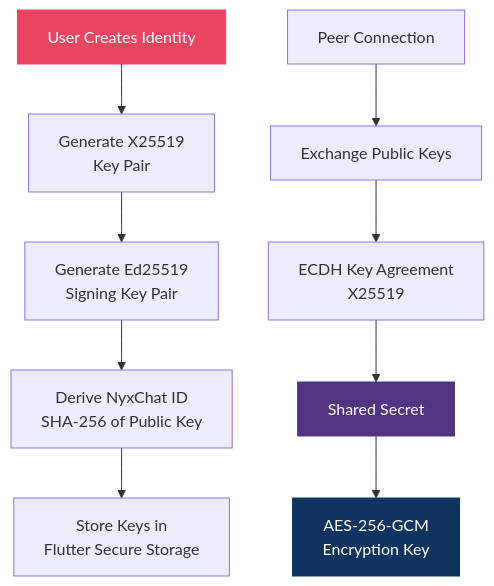
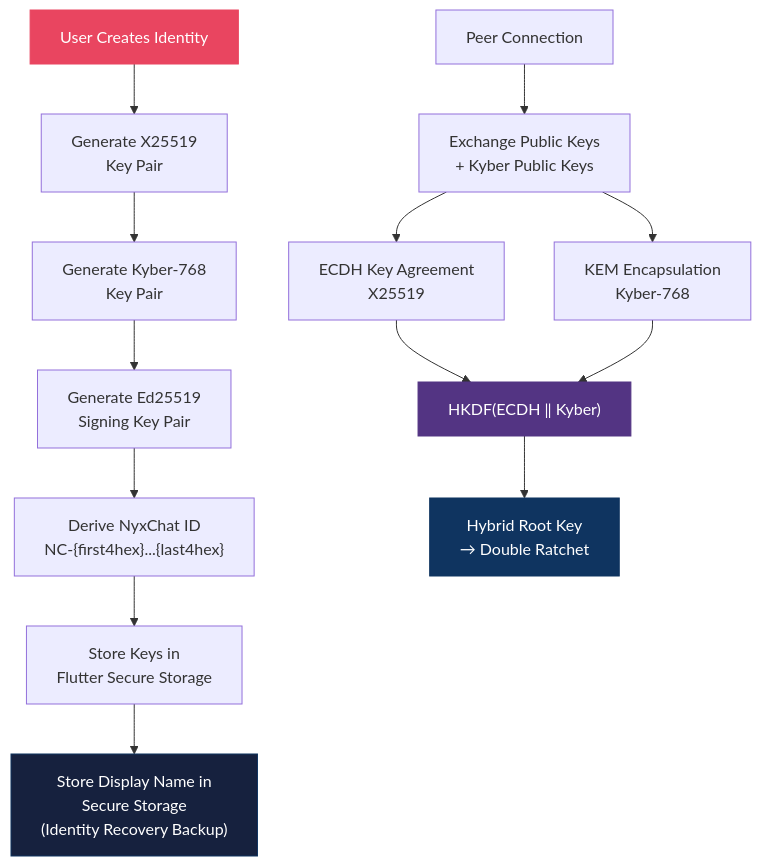
Before and after one commit to harshitt13/NyxChat: the eighth of 20 diagrams in README.md, drawn with Mermaid. The commit also changed other lines of this file and 75 other files, not shown here.

````diff
--- a/README.md
+++ b/README.md
@@ -391,16 +451,21 @@
 ```mermaid
 flowchart TD
     A[User Creates Identity] --> B[Generate X25519<br/>Key Pair]
-    B --> C[Generate Ed25519<br/>Signing Key Pair]
-    C --> D[Derive NyxChat ID<br/>SHA-256 of Public Key]
+    B --> B2[Generate Kyber-768<br/>Key Pair]
+    B2 --> C[Generate Ed25519<br/>Signing Key Pair]
+    C --> D["Derive NyxChat ID<br/>NC-{first4hex}...{last4hex}"]
     D --> E[Store Keys in<br/>Flutter Secure Storage]
+    E --> E2["Store Display Name in<br/>Secure Storage<br/>(Identity Recovery Backup)"]
 
-    F[Peer Connection] --> G[Exchange Public Keys]
+    F[Peer Connection] --> G[Exchange Public Keys<br/>+ Kyber Public Keys]
     G --> H[ECDH Key Agreement<br/>X25519]
-    H --> I[Shared Secret]
-    I --> J[AES-256-GCM<br/>Encryption Key]
+    G --> H2[KEM Encapsulation<br/>Kyber-768]
+    H --> I["HKDF(ECDH ‖ Kyber)"]
+    H2 --> I
+    I --> J[Hybrid Root Key<br/>→ Double Ratchet]
 
     style A fill:#e94560,stroke:#e94560,color:#fff
     style I fill:#533483,stroke:#533483,color:#fff
     style J fill:#0f3460,stroke:#0f3460,color:#fff
+    style E2 fill:#16213e,stroke:#0f3460,color:#fff
 ```
````
